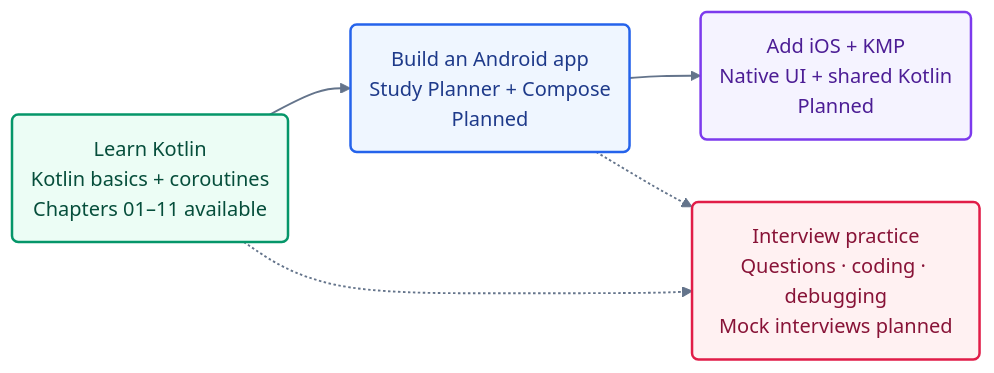
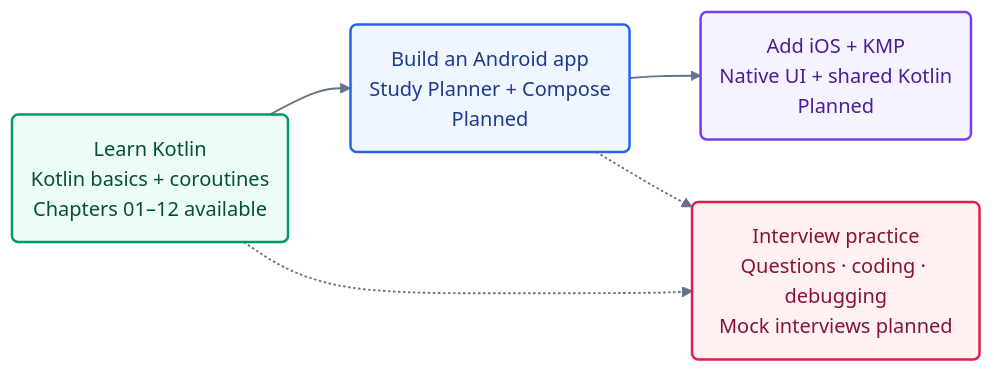
Before and after one commit to roshanevala/Kotlin-101-The-Mobile-Workshop: the diagram in README.md, drawn with Mermaid (neutral theme). The commit also changed other lines of this file and 21 other files, not shown here.

````diff
--- a/README.md
+++ b/README.md
@@ -11,20 +11,20 @@
 ```mermaid
 flowchart LR
     accTitle: From Kotlin basics to a mobile app and interview practice
     accDescr: Start with the available Kotlin lessons. Build an Android app, then add iOS and shared Kotlin logic in planned stages. Practise lesson questions and debugging along the way; dedicated coding challenges and mock interviews are planned.
 
-    K("Learn Kotlin<br/>Kotlin basics + coroutines<br/>Chapters 01–11 available"):::basics
+    K("Learn Kotlin<br/>Kotlin basics + coroutines<br/>Chapters 01–12 available"):::basics
     A("Build an Android app<br/>Study Planner + Compose<br/>Planned"):::android
     M("Add iOS + KMP<br/>Native UI + shared Kotlin<br/>Planned"):::multiplatform
     I("Interview practice<br/>Questions · coding · debugging<br/>Mock interviews planned"):::interview
 
     K --> A --> M
     K -.-> I
     A -.-> I
 
     classDef basics fill:#ecfdf5,stroke:#059669,color:#064e3b,stroke-width:2px
     classDef android fill:#eff6ff,stroke:#2563eb,color:#1e3a8a,stroke-width:2px
     classDef multiplatform fill:#f5f3ff,stroke:#7c3aed,color:#4c1d95,stroke-width:2px
     classDef interview fill:#fff1f2,stroke:#e11d48,color:#881337,stroke-width:2px
     linkStyle default stroke:#64748b,stroke-width:1.5px
 ```
````
